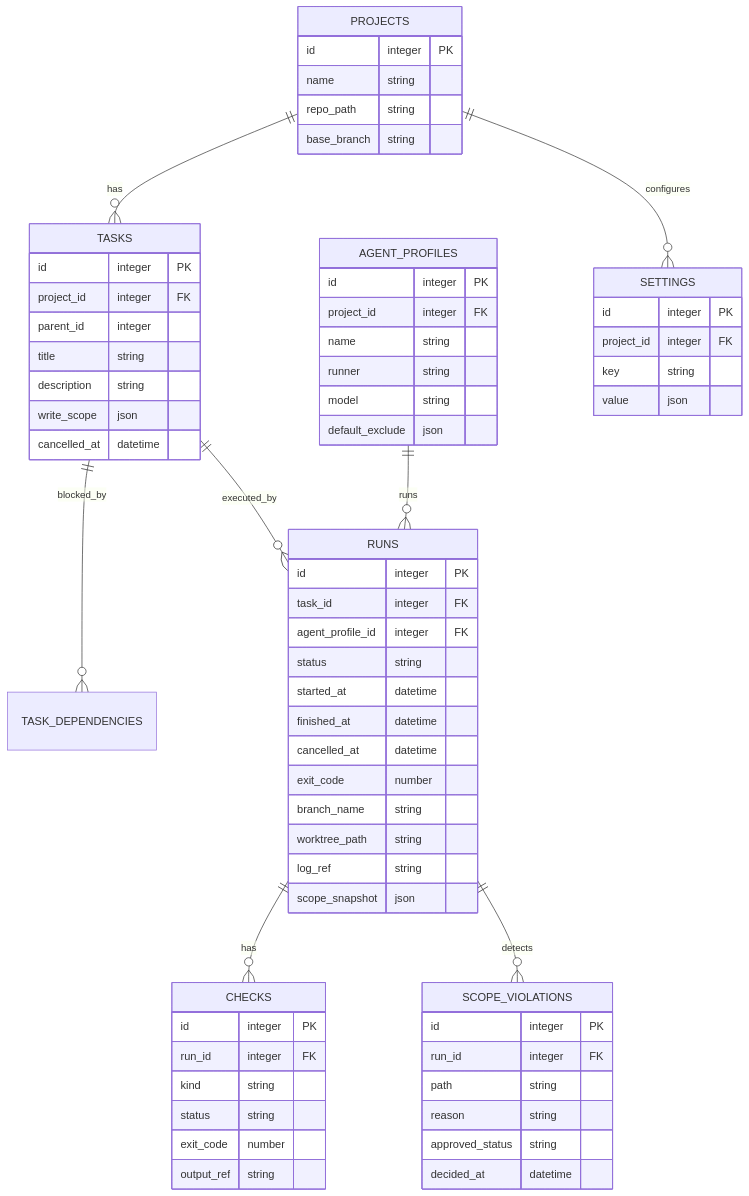
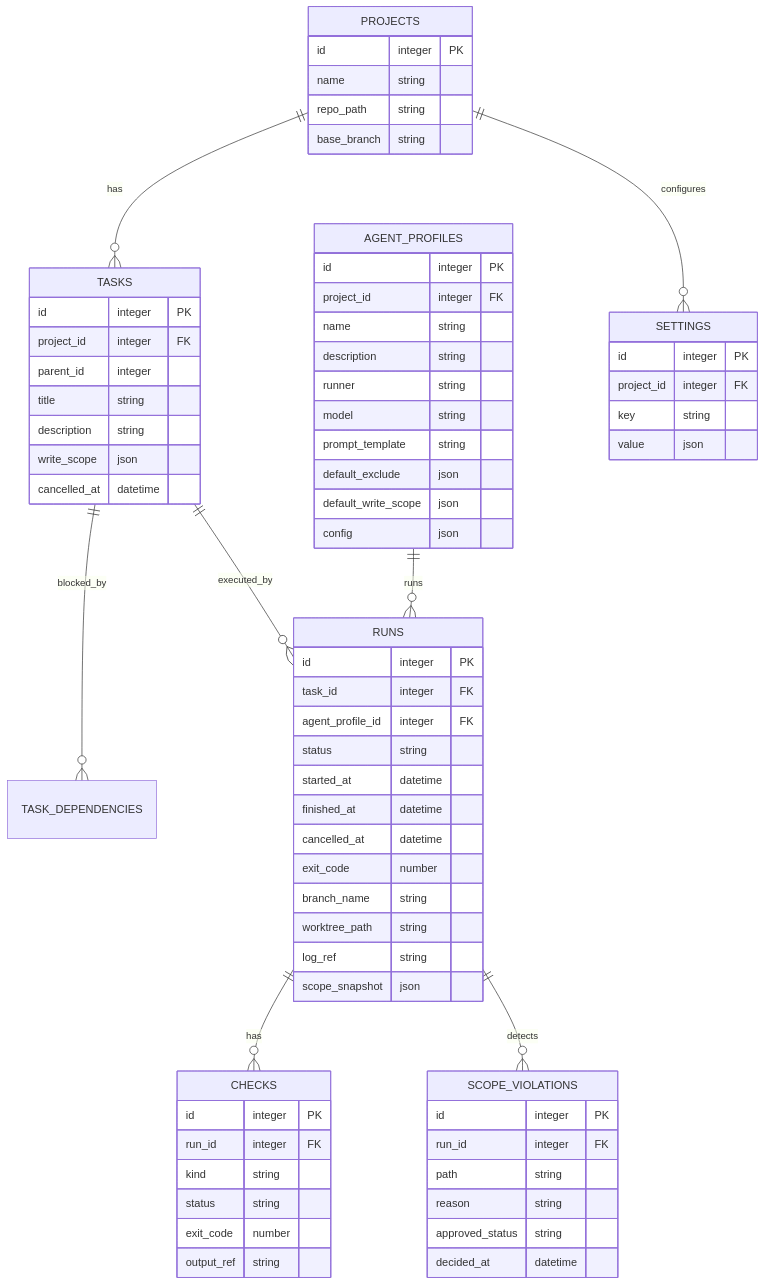
The diagram in docs/03-details/data-model.md (krtw00/AgentMine), drawn with Mermaid before and after one commit. The commit also changed other lines of this file and 13 other files, not shown here.

````diff
--- a/docs/03-details/data-model.md
+++ b/docs/03-details/data-model.md
@@ -22,76 +22,80 @@
 ```mermaid
 erDiagram
     PROJECTS ||--o{ TASKS : "has"
     TASKS ||--o{ TASK_DEPENDENCIES : "blocked_by"
     TASKS ||--o{ RUNS : "executed_by"
     AGENT_PROFILES ||--o{ RUNS : "runs"
     RUNS ||--o{ CHECKS : "has"
     RUNS ||--o{ SCOPE_VIOLATIONS : "detects"
     PROJECTS ||--o{ SETTINGS : "configures"
 
     PROJECTS {
         id integer PK
         name string
         repo_path string
         base_branch string
     }
 
     TASKS {
         id integer PK
         project_id integer FK
         parent_id integer
         title string
         description string
         write_scope json
         cancelled_at datetime
     }
 
     RUNS {
         id integer PK
         task_id integer FK
         agent_profile_id integer FK
         status string
         started_at datetime
         finished_at datetime
         cancelled_at datetime
         exit_code number
         branch_name string
         worktree_path string
         log_ref string
         scope_snapshot json
     }
 
     CHECKS {
         id integer PK
         run_id integer FK
         kind string
         status string
         exit_code number
         output_ref string
     }
 
     SCOPE_VIOLATIONS {
         id integer PK
         run_id integer FK
         path string
         reason string
         approved_status string
         decided_at datetime
     }
 
     AGENT_PROFILES {
         id integer PK
         project_id integer FK
         name string
+        description string
         runner string
         model string
+        prompt_template string
         default_exclude json
+        default_write_scope json
+        config json
     }
 
     SETTINGS {
         id integer PK
         project_id integer FK
         key string
         value json
     }
 ```
````
